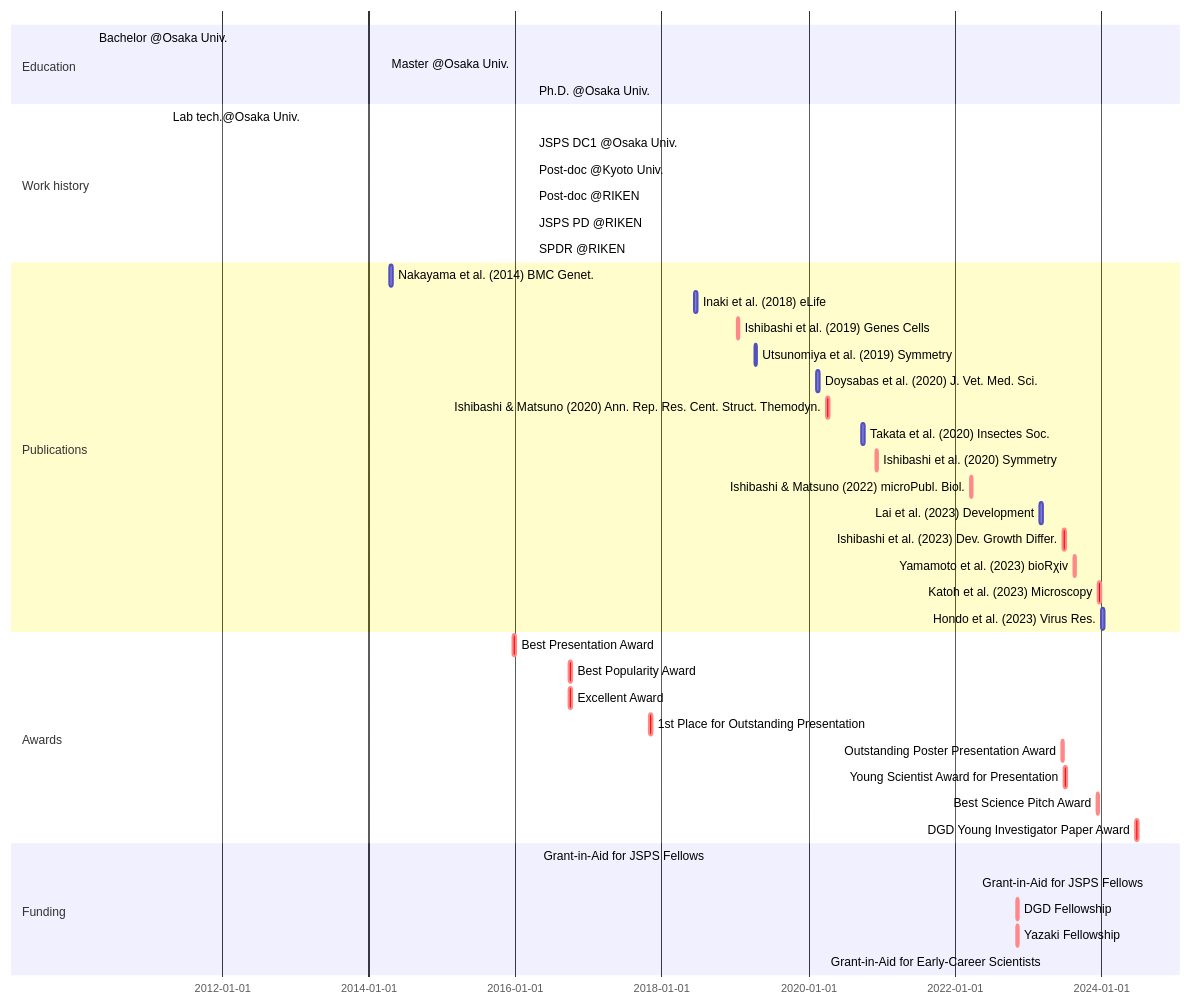
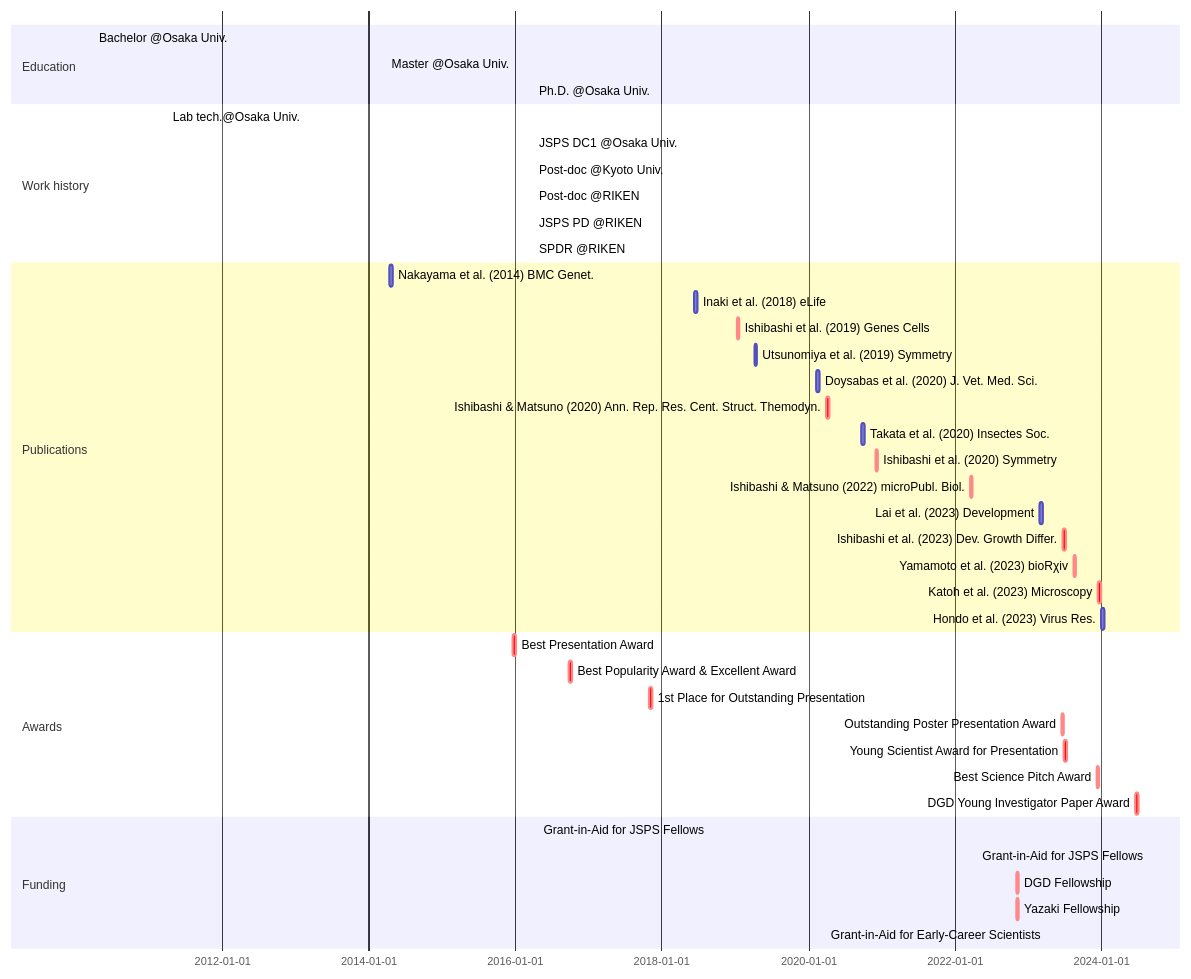
One commit to ishibaki/ishibaki.github.io changed the diagram in _includes/mermaid-cv.md. Above: the diagram before and after it, drawn with Mermaid.

````diff
--- a/_includes/mermaid-cv.md
+++ b/_includes/mermaid-cv.md
@@ -1,44 +1,44 @@
 ```mermaid
 gantt
 section Education
   Bachelor @Osaka Univ. : BS, 2010-04-01, 2014-03-25
   Master @Osaka Univ.   : MS, 2014-04-01, 2016-03-28
   Ph.D. @Osaka Univ.    : Ph.D., 2016-04-01, 2019-03-25
 section Work history
   Lab tech.@Osaka Univ.     : done, OU-tech, 2011-04-01, 2012-03-31
   JSPS DC1 @Osaka Univ.     : done, DC1, 2016-04-01, 2019-03-31
   Post-doc @Kyoto Univ.     : done, KU-postdoc, after DC1, 2021-04-30
   Post-doc @RIKEN           : done, RIKEN-postdoc, after KU-postdoc, 2022-03-31
   JSPS PD @RIKEN            : done, PD, after RIKEN-postdoc, 2023-03-31
   SPDR @RIKEN               : active, SPDR, after PD, 2026-03-31
 section Publications
   Nakayama et al. (2014) BMC Genet.           :       nakayama2014, 2014-04-16, 2w
   Inaki et al. (2018) eLife                   :       inaki2018, 2018-06-12, 2w
   Ishibashi et al. (2019) Genes Cells         : crit, ishibashi2019, 2019-01-09, 2w
   Utsunomiya et al. (2019) Symmetry           :       utsunomiya2019, 2019-04-08, 2w
   Doysabas et al. (2020) J. Vet. Med. Sci.    :       doysabas2020, 2020-02-12, 2w
   Ishibashi & Matsuno (2020) Ann. Rep. Res. Cent. Struct. Themodyn. : crit, ishibashi2020a, 2020-04-01, 2w
   Takata et al. (2020) Insectes Soc.          :       takata2020, 2020-09-22, 2w
   Ishibashi et al. (2020) Symmetry            : crit, ishibashi2020b, 2020-12-02, 2w
   Ishibashi & Matsuno (2022) microPubl. Biol. : crit, ishibashi2022, 2022-03-18, 2w
   Lai et al. (2023) Development               :       lai2023, 2023-03-02, 2w
   Ishibashi et al. (2023) Dev. Growth Differ. : crit, ishibashi2023, 2023-06-25, 2w
   Yamamoto et al. (2023) bioRχiv              : crit, yamamoto2023, 2023-08-16, 2w
   Katoh et al. (2023) Microscopy              : crit, katoh2023, 2023-12-15, 2w
   Hondo et al. (2023) Virus Res.              :       hondo2024, 2024-01-02, 2w
 section Awards
   Best Presentation Award                  : crit, aw_1, 2015-12-20, 2w
-  Best Popularity Award                    : crit, aw_2, 2016-09-25, 2w
-  Excellent Award                          : crit, aw_3, 2016-09-25, 2w
+  Best Popularity Award & Excellent Award  : crit, aw_2, 2016-09-25, 2w
+%%  Excellent Award                          : crit, aw_3, 2016-09-25, 2w
   1st Place for Outstanding Presentation   : crit, aw_4, 2017-11-01, 2w
   Outstanding Poster Presentation Award    : crit, aw_5, 2023-06-15, 2w
   Young Scientist Award for Presentation   : crit, aw_6, 2023-06-29, 2w
   Best Science Pitch Award                 : crit, aw_7, 2023-12-08, 2w
   DGD Young Investigator Paper Award       : crit, aw_8, 2024-06-21, 2w
 section Funding
   Grant-in-Aid for JSPS Fellows             : done, grant_DC1, 2016-04-22, 2019-03-31
   Grant-in-Aid for JSPS Fellows             : active, grant_PD, 2022-04-22, 2025-03-31
   DGD Fellowship                            : crit, dgd_fellowship, 2022-11-04, 2w
   Yazaki Fellowship                         : crit, yazaki_fellowship, 2022-11-04, 2w
   Grant-in-Aid for Early-Career Scientists  : active, grant_ecs2023, 2023-04-01, 2026-03-31
 ```
````
